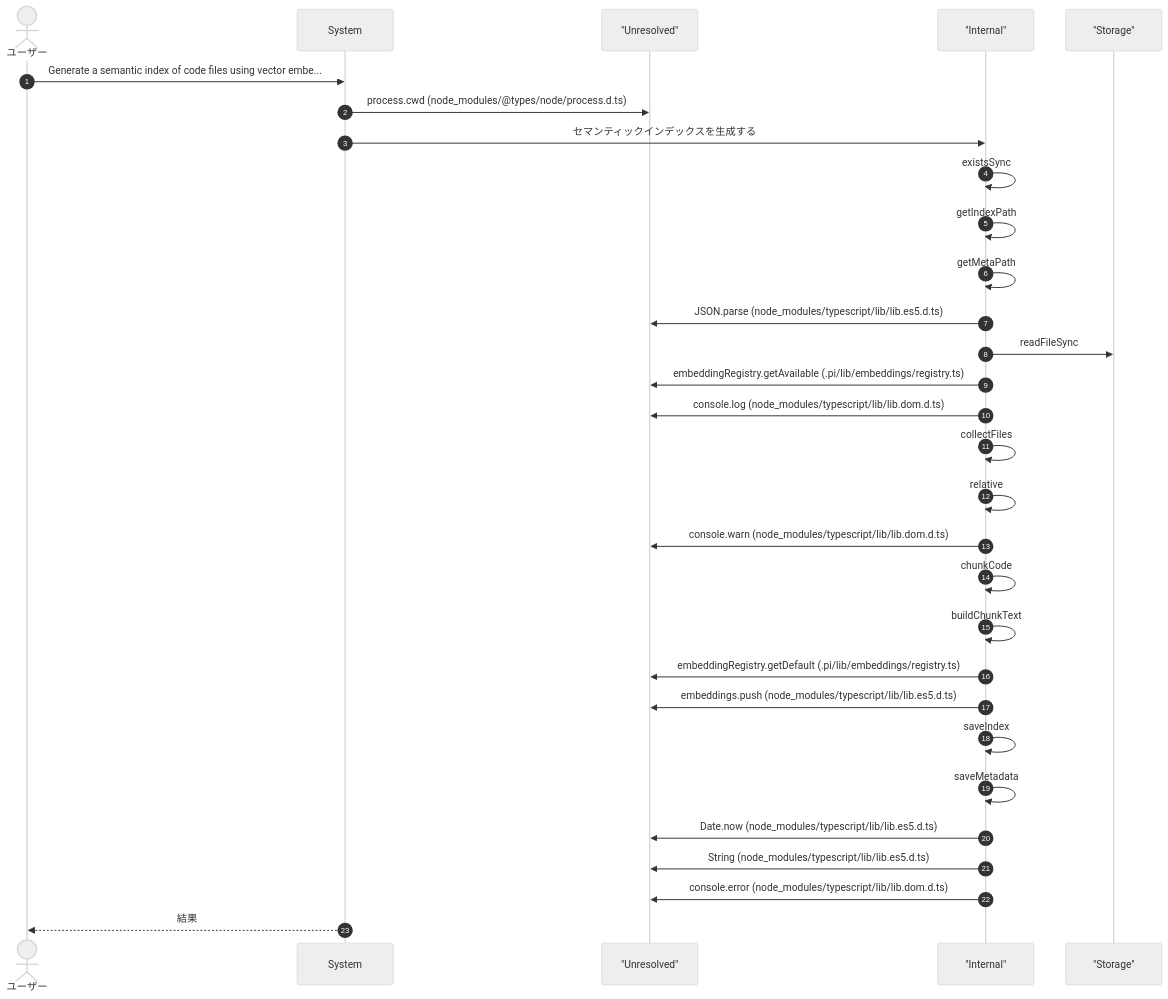
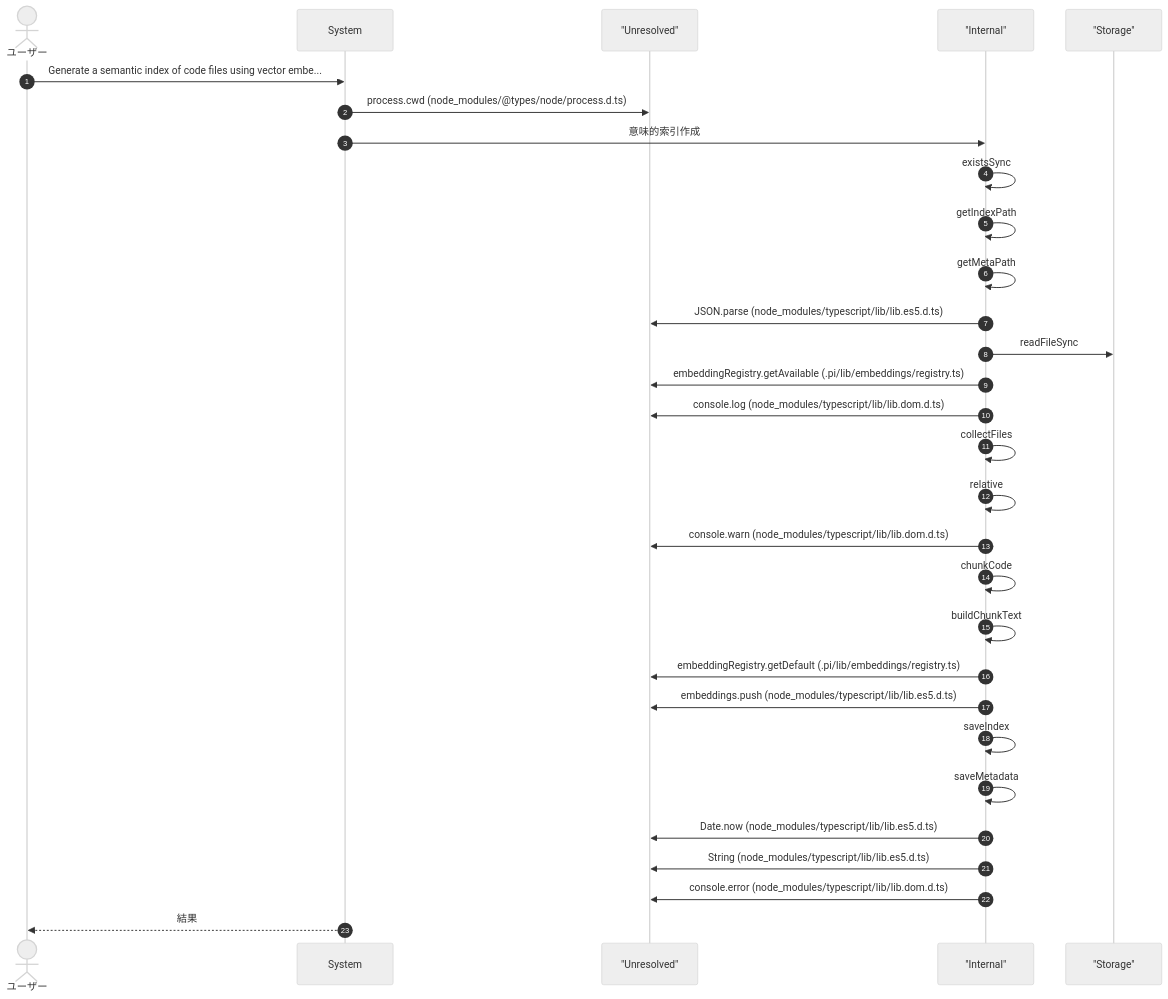
One commit to Mekann2904/mekann changed the eighth of 10 diagrams in ABDD/.pi/extensions/search/index.md. Above: the diagram before and after it, drawn with Mermaid (neutral theme). The commit also changed other lines of this file and 212 other files, not shown here.

````diff
--- a/ABDD/.pi/extensions/search/index.md
+++ b/ABDD/.pi/extensions/search/index.md
@@ -447,34 +447,34 @@
 ```mermaid
 sequenceDiagram
   autonumber
   actor User as ユーザー
   participant System as System
   participant Unresolved as "Unresolved"
   participant Internal as "Internal"
   participant Storage as "Storage"
 
   User->>System: Generate a semantic index of code files using vector embe...
   System->>Unresolved: process.cwd (node_modules/@types/node/process.d.ts)
-  System->>Internal: セマンティックインデックスを生成する
+  System->>Internal: 意味的索引作成
   Internal->>Internal: existsSync
   Internal->>Internal: getIndexPath
   Internal->>Internal: getMetaPath
   Internal->>Unresolved: JSON.parse (node_modules/typescript/lib/lib.es5.d.ts)
   Internal->>Storage: readFileSync
   Internal->>Unresolved: embeddingRegistry.getAvailable (.pi/lib/embeddings/registry.ts)
   Internal->>Unresolved: console.log (node_modules/typescript/lib/lib.dom.d.ts)
   Internal->>Internal: collectFiles
   Internal->>Internal: relative
   Internal->>Unresolved: console.warn (node_modules/typescript/lib/lib.dom.d.ts)
   Internal->>Internal: chunkCode
   Internal->>Internal: buildChunkText
   Internal->>Unresolved: embeddingRegistry.getDefault (.pi/lib/embeddings/registry.ts)
   Internal->>Unresolved: embeddings.push (node_modules/typescript/lib/lib.es5.d.ts)
   Internal->>Internal: saveIndex
   Internal->>Internal: saveMetadata
   Internal->>Unresolved: Date.now (node_modules/typescript/lib/lib.es5.d.ts)
   Internal->>Unresolved: String (node_modules/typescript/lib/lib.es5.d.ts)
   Internal->>Unresolved: console.error (node_modules/typescript/lib/lib.dom.d.ts)
   System-->>User: 結果
 
 ```
````
